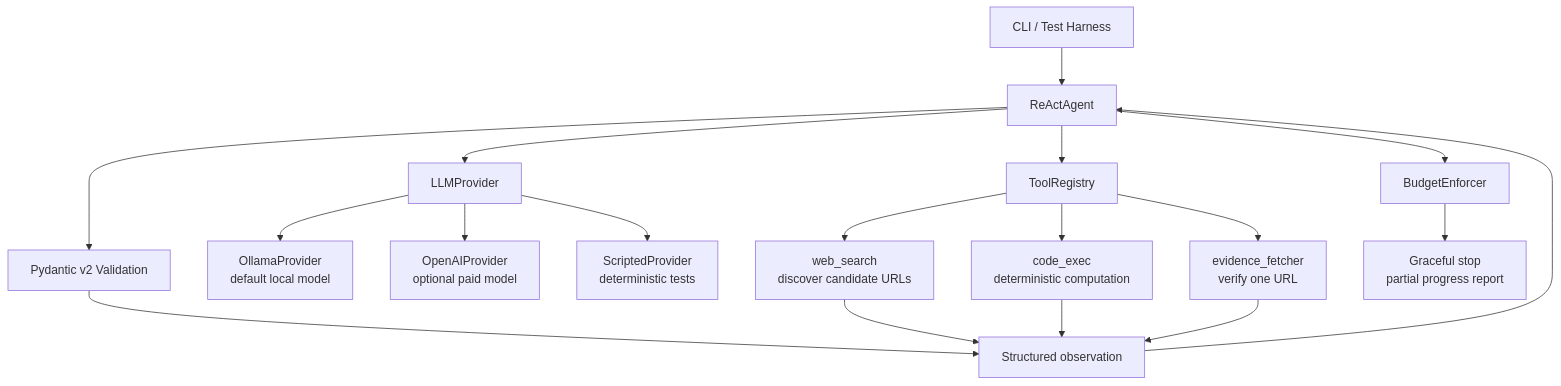
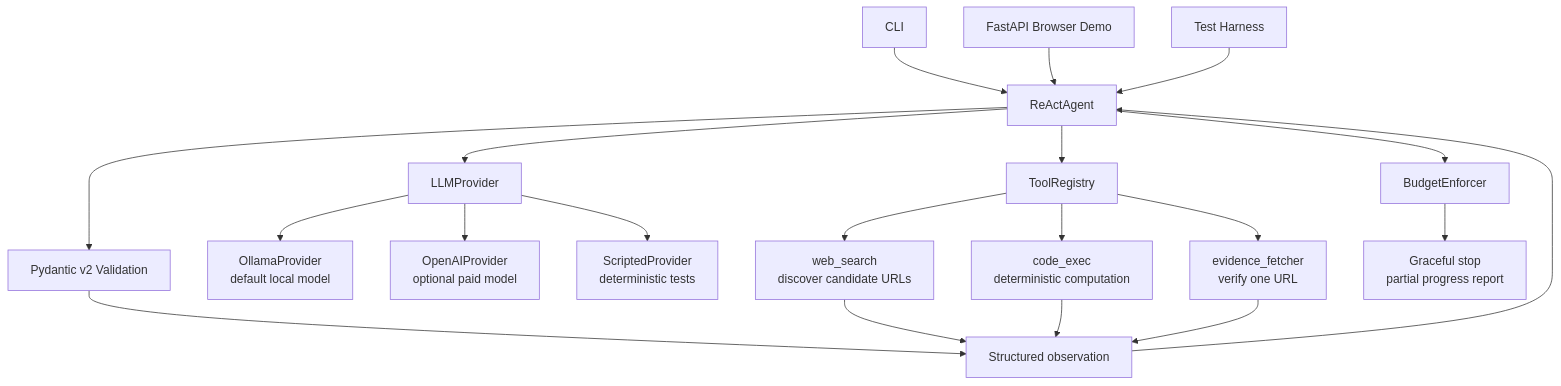
Before and after one commit to adhikari-pratik/agentic-planner: the first of 5 diagrams in docs/diagrams.md, drawn with Mermaid. The commit also changed 11 other files, not shown here.

````diff
--- a/docs/diagrams.md
+++ b/docs/diagrams.md
@@ -7,24 +7,26 @@
 ```mermaid
 flowchart TD
-    CLI[CLI / Test Harness] --> Agent[ReActAgent]
+    CLI[CLI] --> Agent[ReActAgent]
+    Web[FastAPI Browser Demo] --> Agent
+    Harness[Test Harness] --> Agent
 
     Agent --> Budget[BudgetEnforcer]
     Agent --> Provider[LLMProvider]
     Agent --> Validator[Pydantic v2 Validation]
     Agent --> Tools[ToolRegistry]
 
     Provider --> Ollama[OllamaProvider<br/>default local model]
     Provider --> OpenAI[OpenAIProvider<br/>optional paid model]
     Provider --> Scripted[ScriptedProvider<br/>deterministic tests]
 
     Tools --> Search[web_search<br/>discover candidate URLs]
     Tools --> Code[code_exec<br/>deterministic computation]
     Tools --> Fetch[evidence_fetcher<br/>verify one URL]
 
     Budget --> Stop[Graceful stop<br/>partial progress report]
     Validator --> Observation[Structured observation]
     Search --> Observation
     Code --> Observation
     Fetch --> Observation
     Observation --> Agent
 ```
````
